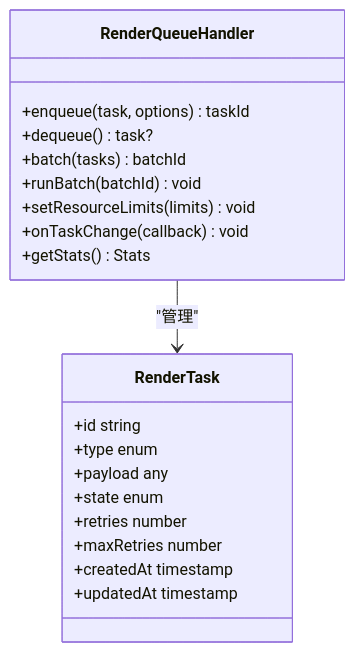
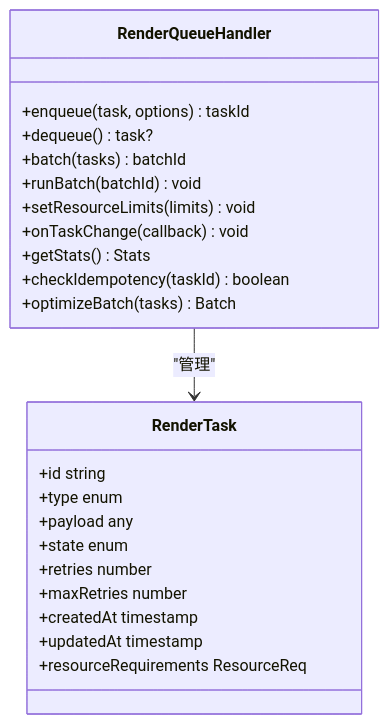
One commit to AIMFllyYS/code-video-canvas changed the sixth of 9 diagrams in .qoder/repowiki/zh/content/核心功能模块/导演系统/队列处理.md. Above: the diagram before and after it, drawn with Mermaid. The commit also changed other lines of this file and 47 other files, not shown here.

````diff
--- a/.qoder/repowiki/zh/content/核心功能模块/导演系统/队列处理.md
+++ b/.qoder/repowiki/zh/content/核心功能模块/导演系统/队列处理.md
@@ -203,23 +304,26 @@
 ```mermaid
 classDiagram
 class RenderQueueHandler {
 +enqueue(task, options) taskId
 +dequeue() task?
 +batch(tasks) batchId
 +runBatch(batchId) void
 +setResourceLimits(limits) void
 +onTaskChange(callback) void
 +getStats() Stats
++checkIdempotency(taskId) boolean
++optimizeBatch(tasks) Batch
 }
 class RenderTask {
 +id string
 +type enum
 +payload any
 +state enum
 +retries number
 +maxRetries number
 +createdAt timestamp
 +updatedAt timestamp
++resourceRequirements ResourceReq
 }
 RenderQueueHandler --> RenderTask : "管理"
 ```
````
